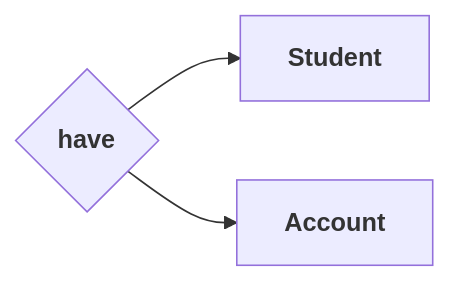
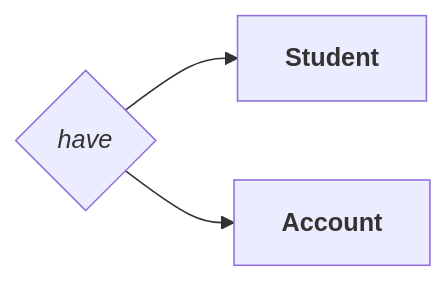
The first of 7 diagrams in Programming/Databases/data/Theory/RModel.md (angelromarco04/MyNotes), drawn with Mermaid before and after one commit. The commit also changed other lines of this file, not shown here.

````diff
--- a/Programming/Databases/data/Theory/RModel.md
+++ b/Programming/Databases/data/Theory/RModel.md
@@ -42,9 +42,9 @@
 ```mermaid
 flowchart LR
 	id2 --> id1
 	id2 --> id3
 
 	id1["`**Student**`"]
-	id2{"`**have**`"}
+	id2{"`*have*`"}
 	id3["`**Account**`"]
 ```
````
